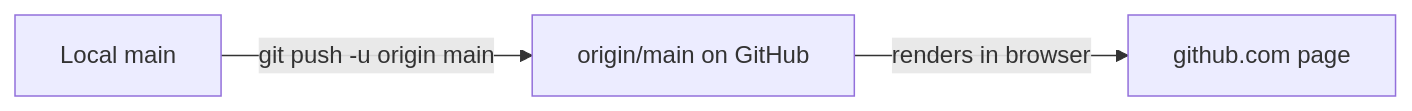
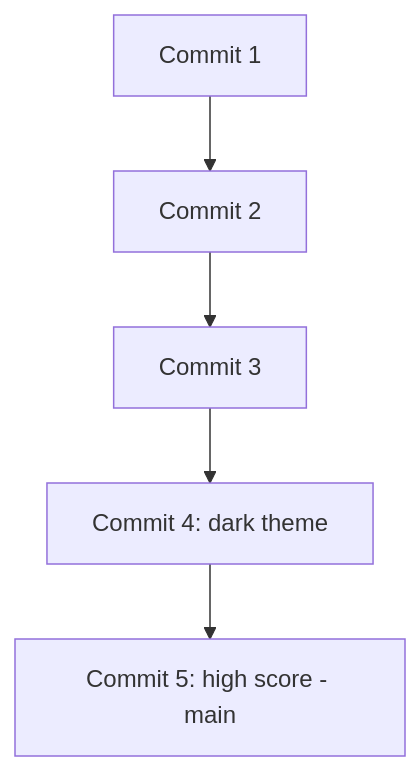
One commit to vedanta/box-runner changed the diagram in docs/architecture.md. Above: the diagram before and after it, drawn with Mermaid. The commit also changed other lines of this file and 8 other files, not shown here.

Commit message:
Stage 9: Edit, Commit, Push Again

````diff
--- a/docs/architecture.md
+++ b/docs/architecture.md
@@ -21,5 +16,7 @@
 ```mermaid
-flowchart LR
-  A[Local main] -- git push -u origin main --> B[origin/main on GitHub]
-  B -- renders in browser --> C[github.com page]
+flowchart TD
+  A[Commit 1] --> B[Commit 2]
+  B --> C[Commit 3]
+  C --> D[Commit 4: dark theme]
+  D --> E[Commit 5: high score - main]
 ```
````
